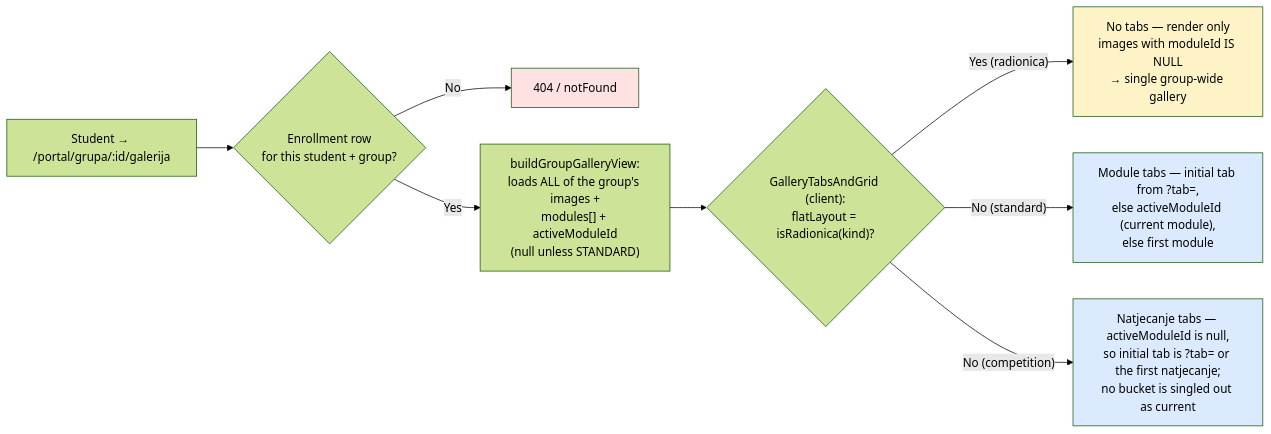
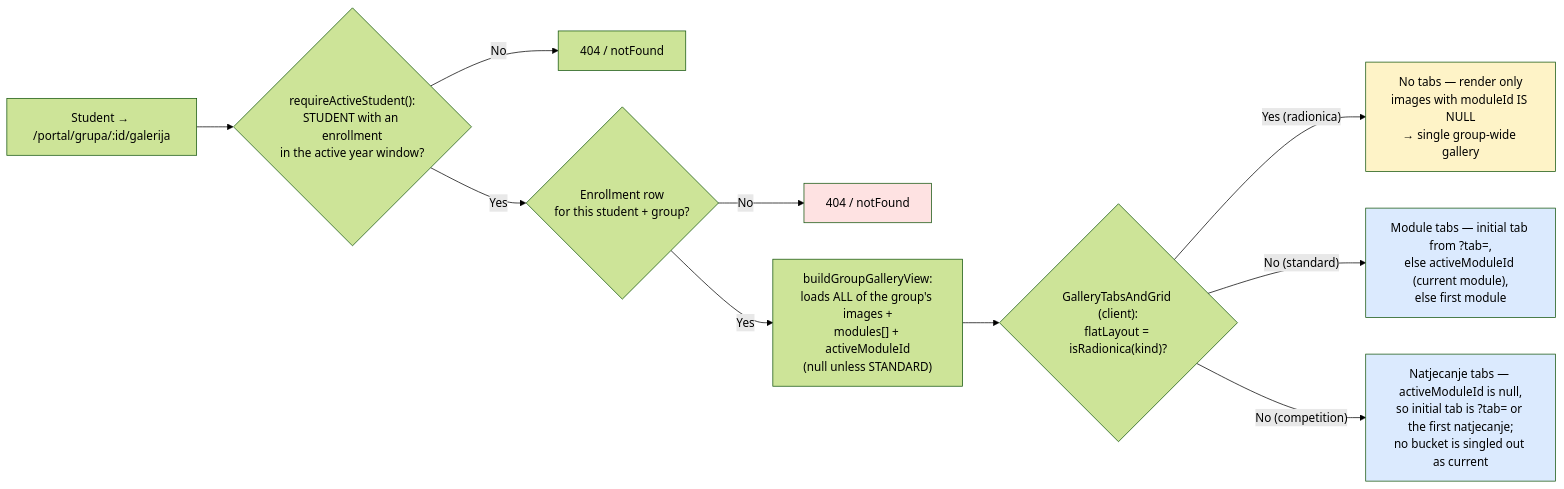
Before and after one commit to jpucic00/inovatic: the second of 3 diagrams in docs/diagrams/gallery-scope.md, drawn with Mermaid (forest theme). The commit also changed 73 other files, not shown here.

````diff
--- a/docs/diagrams/gallery-scope.md
+++ b/docs/diagrams/gallery-scope.md
@@ -59,15 +59,17 @@
 ```mermaid
 flowchart LR
-    A["Student → /portal/grupa/:id/galerija"] --> B{Enrollment row<br/>for this student + group?}
+    A["Student → /portal/grupa/:id/galerija"] --> G{"requireActiveStudent():<br/>STUDENT with an enrollment<br/>in the active year window?"}
+    G -->|No| NF404["404 / notFound"]
+    G -->|Yes| B{Enrollment row<br/>for this student + group?}
     B -->|No| NF[404 / notFound]
     B -->|Yes| V["buildGroupGalleryView:<br/>loads ALL of the group's images +<br/>modules[] + activeModuleId<br/>(null unless STANDARD)"]
     V --> C{"GalleryTabsAndGrid (client):<br/>flatLayout = isRadionica(kind)?"}
     C -->|"Yes (radionica)"| R["No tabs — render only<br/>images with moduleId IS NULL<br/>→ single group-wide gallery"]
     C -->|"No (standard)"| S["Module tabs — initial tab from ?tab=,<br/>else activeModuleId (current module),<br/>else first module"]
     C -->|"No (competition)"| K["Natjecanje tabs — activeModuleId is null,<br/>so initial tab is ?tab= or the first natjecanje;<br/>no bucket is singled out as current"]
 
     style NF fill:#fee2e2
     style R fill:#fef3c7
     style S fill:#dbeafe
     style K fill:#dbeafe
 ```
````
